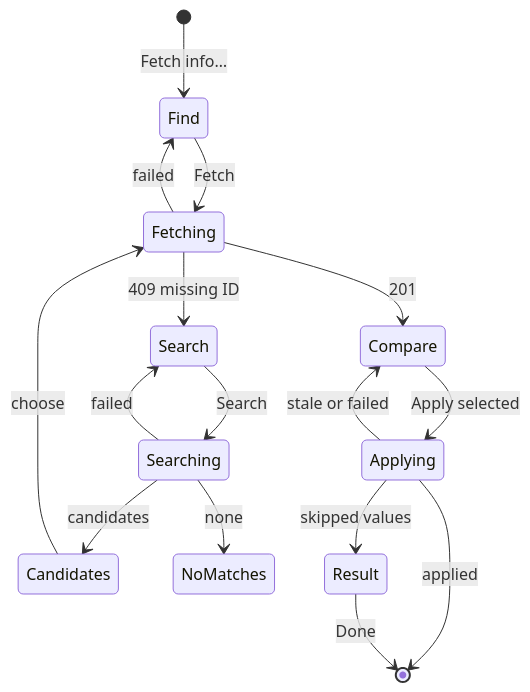
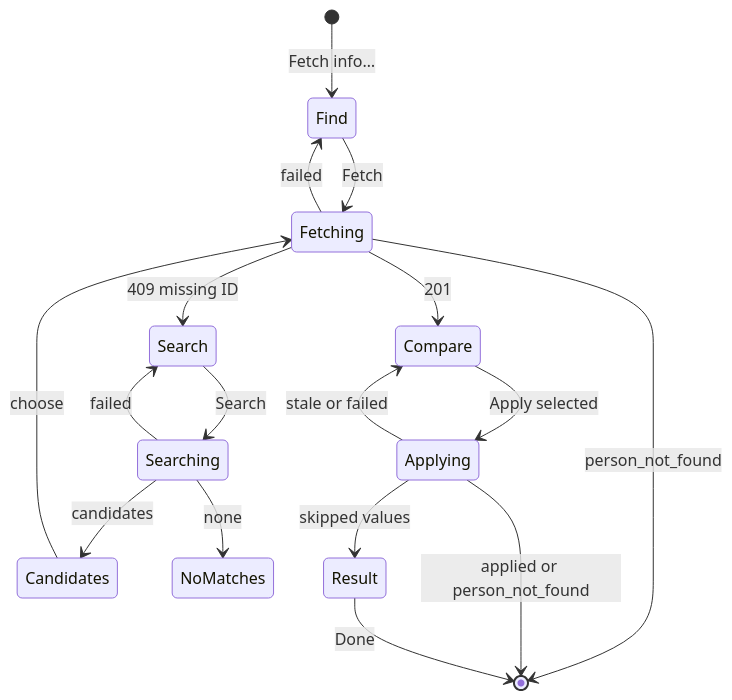
One commit to syudead/vv changed the fourth of 8 diagrams in specs/062-mandb/ui-design.md. Above: the diagram before and after it, drawn with Mermaid. The commit also changed other lines of this file, not shown here.

First line of the commit message:
design(062-mandb): enable a shared lookup through any of its roles, select one profile field per row, close on a fetch's person_not_found

````diff
--- a/specs/062-mandb/ui-design.md
+++ b/specs/062-mandb/ui-design.md
@@ -331,18 +334,19 @@
 ```mermaid
 stateDiagram-v2
   [*] --> Find: Fetch info…
   Find --> Fetching: Fetch
   Fetching --> Compare: 201
   Fetching --> Search: 409 missing ID
   Fetching --> Find: failed
+  Fetching --> [*]: person_not_found
   Search --> Searching: Search
   Searching --> Candidates: candidates
   Searching --> NoMatches: none
   Searching --> Search: failed
   Candidates --> Fetching: choose
   Compare --> Applying: Apply selected
   Applying --> Result: skipped values
-  Applying --> [*]: applied
+  Applying --> [*]: applied or person_not_found
   Applying --> Compare: stale or failed
   Result --> [*]: Done
 ```
````
